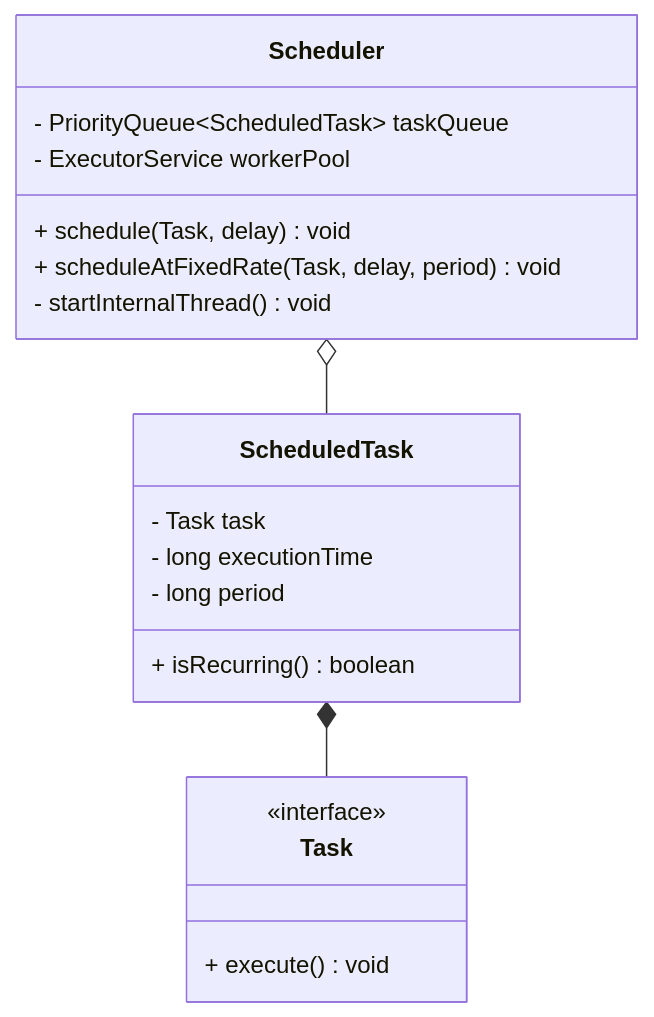
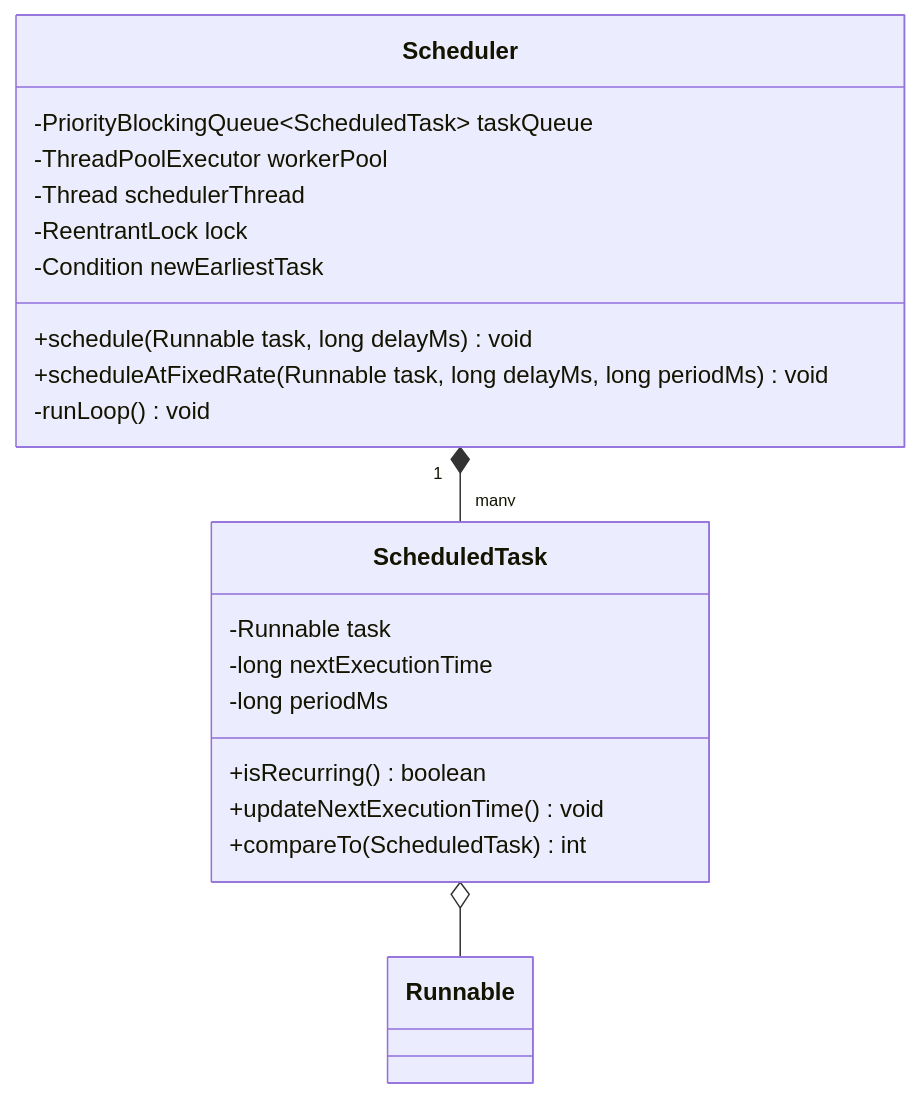
Before and after one commit to akshay-k-r/Interview-Prep-Resource: the second of 2 diagrams in src/pages/03-lld/machine-coding/task-scheduler/index.mdx, drawn with Mermaid. The commit also changed other lines of this file and 179 other files, not shown here.

````diff
--- a/src/pages/03-lld/machine-coding/task-scheduler/index.mdx
+++ b/src/pages/03-lld/machine-coding/task-scheduler/index.mdx
@@ -23,25 +63,25 @@
 ```mermaid
 classDiagram
-    class Task {
-        <<interface>>
-        + execute() void
+    class Scheduler {
+        -PriorityBlockingQueue~ScheduledTask~ taskQueue
+        -ThreadPoolExecutor workerPool
+        -Thread schedulerThread
+        -ReentrantLock lock
+        -Condition newEarliestTask
+        +schedule(Runnable task, long delayMs) void
+        +scheduleAtFixedRate(Runnable task, long delayMs, long periodMs) void
+        -runLoop() void
     }
-    
+
     class ScheduledTask {
-        - Task task
-        - long executionTime
-        - long period
-        + isRecurring() boolean
+        -Runnable task
+        -long nextExecutionTime
+        -long periodMs
+        +isRecurring() boolean
+        +updateNextExecutionTime() void
+        +compareTo(ScheduledTask) int
     }
-    
-    class Scheduler {
-        - PriorityQueue~ScheduledTask~ taskQueue
-        - ExecutorService workerPool
-        + schedule(Task, delay) void
-        + scheduleAtFixedRate(Task, delay, period) void
-        - startInternalThread() void
-    }
-    
-    Scheduler o-- ScheduledTask
-    ScheduledTask *-- Task
+
+    Scheduler "1" *-- "many" ScheduledTask
+    ScheduledTask o-- Runnable
 ```
````
